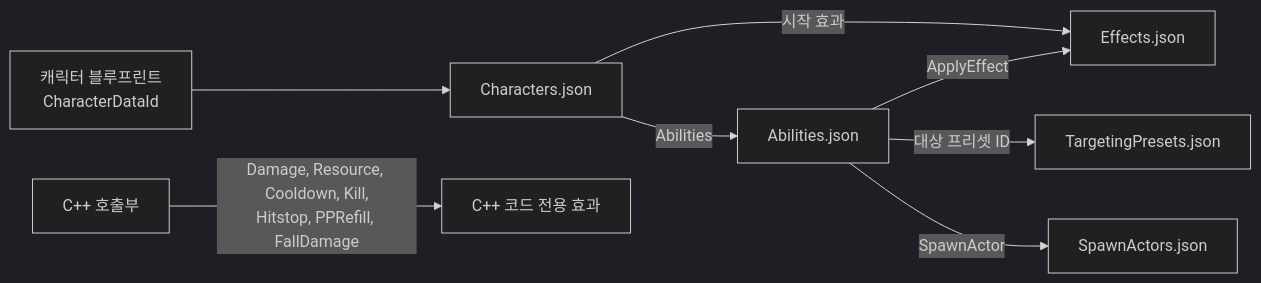
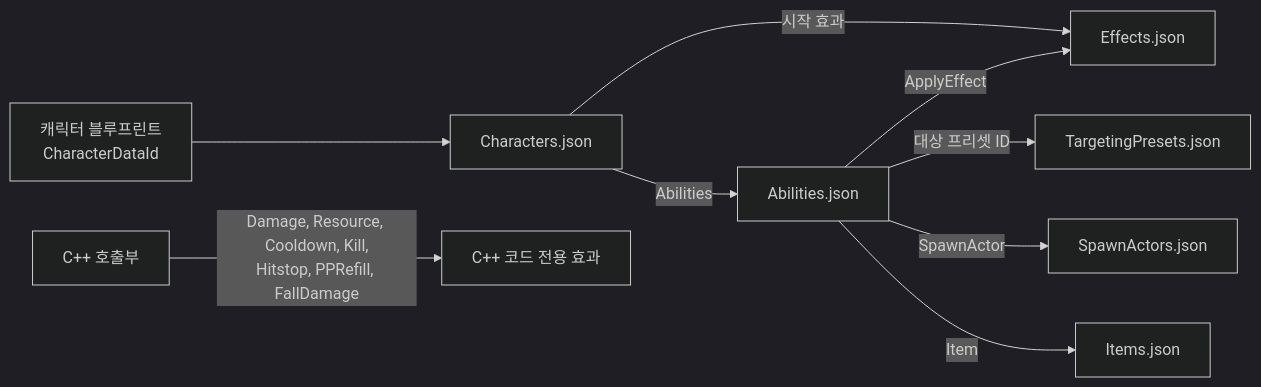
Before and after one commit to Woogl/Ag: the first of 2 diagrams in Docs/Architecture/데이터 로딩과 스키마.md, drawn with Mermaid (dark theme). The commit also changed other lines of this file and 13 other files, not shown here.

````diff
--- a/Docs/Architecture/데이터 로딩과 스키마.md
+++ b/Docs/Architecture/데이터 로딩과 스키마.md
@@ -46,10 +47,11 @@
 ```mermaid
 flowchart LR
     BP["캐릭터 블루프린트<br>CharacterDataId"] --> C["Characters.json"]
     C -->|"Abilities"| A["Abilities.json"]
     C -->|"시작 효과"| E["Effects.json"]
     A -->|"ApplyEffect"| E
     A -->|"대상 프리셋 ID"| G["TargetingPresets.json"]
     A -->|"SpawnActor"| P["SpawnActors.json"]
+    A -->|"Item"| I["Items.json"]
     K["C++ 호출부"] -->|"Damage, Resource, Cooldown, Kill,<br>Hitstop, PPRefill, FallDamage"| N["C++ 코드 전용 효과"]
 ```
````
